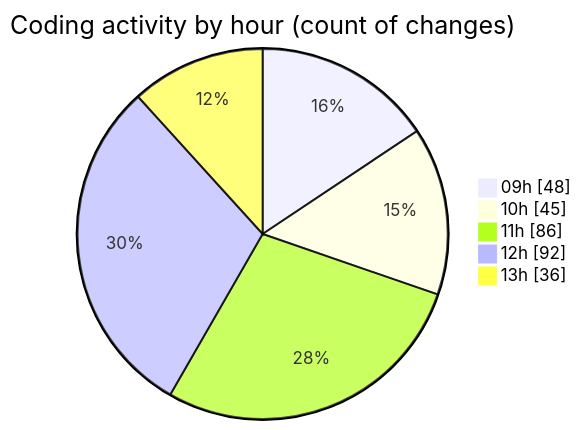
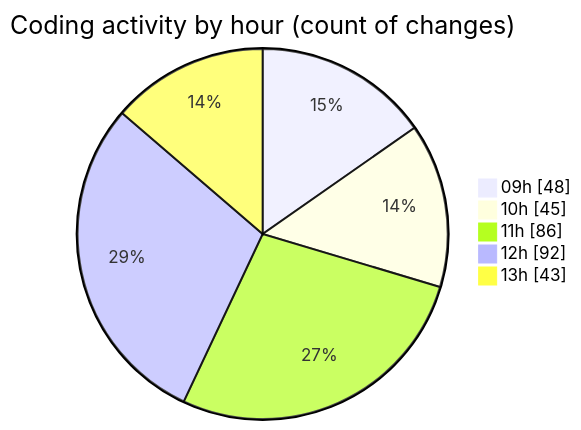
The second of 2 diagrams in 2025-03-14/cda/README.md (momahboobian/code-tracking), drawn with Mermaid before and after one commit. The commit also changed other lines of this file and 1 other file, not shown here.

````diff
--- a/2025-03-14/cda/README.md
+++ b/2025-03-14/cda/README.md
@@ -45,9 +45,9 @@
 ```mermaid
 pie showData
 title Coding activity by hour (count of changes)
 "09h" : 48
 "10h" : 45
 "11h" : 86
 "12h" : 92
-"13h" : 36
+"13h" : 43
 ```
````
